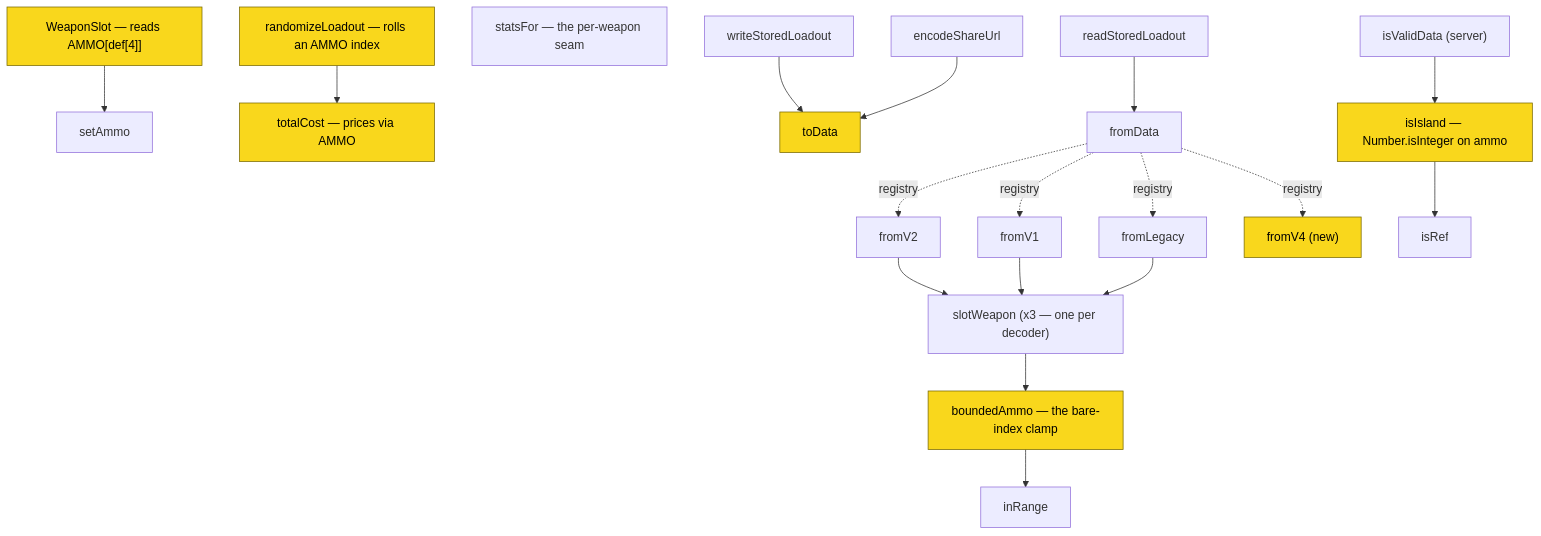
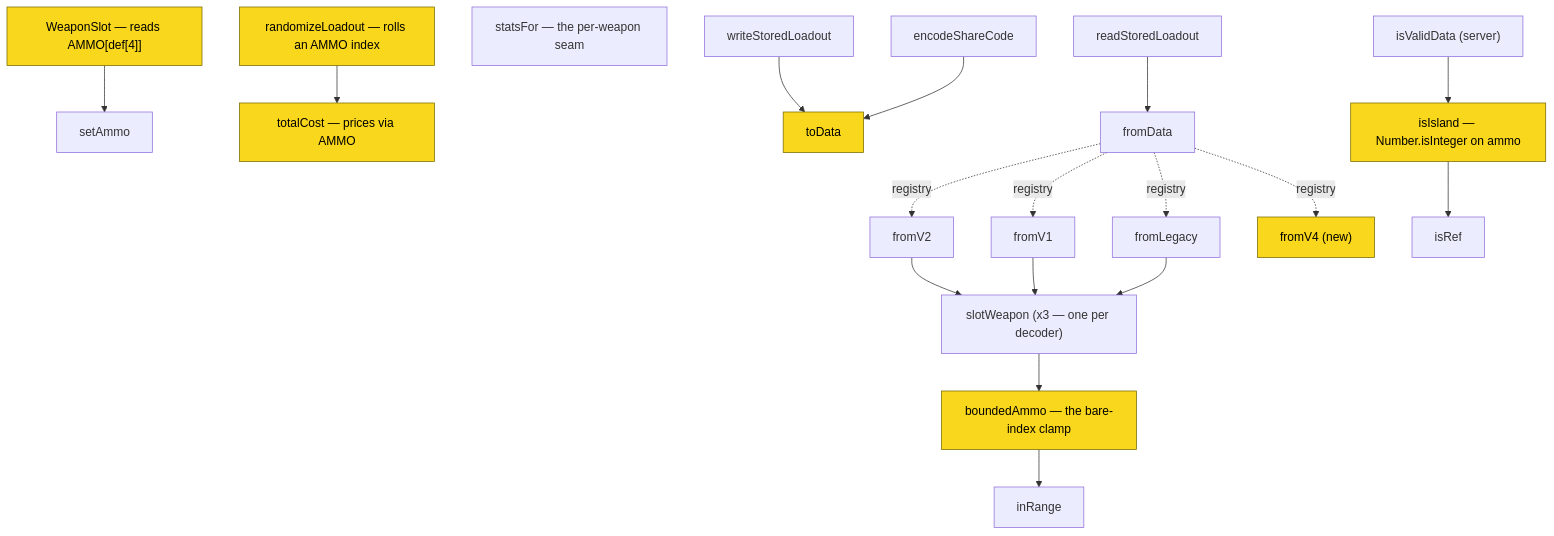
The diagram in docs/openspec/specs/per-weapon-ammo/spec.md (jonstump/the-outfitter), drawn with Mermaid before and after one commit. The commit also changed other lines of this file and 13 other files, not shown here.

````diff
--- a/docs/openspec/specs/per-weapon-ammo/spec.md
+++ b/docs/openspec/specs/per-weapon-ammo/spec.md
@@ -417,43 +427,43 @@
 ```mermaid
 graph TD
   WeaponSlot["WeaponSlot — reads AMMO[def[4]]"]
   setAmmo["setAmmo"]
   totalCost["totalCost — prices via AMMO"]
   randomizeLoadout["randomizeLoadout — rolls an AMMO index"]
   statsFor["statsFor — the per-weapon seam"]
   toData["toData"]
   fromData["fromData"]
   fromV2["fromV2"]
   fromV1["fromV1"]
   fromLegacy["fromLegacy"]
   fromV4["fromV4 (new)"]
   slotWeapon["slotWeapon (x3 — one per decoder)"]
   boundedAmmo["boundedAmmo — the bare-index clamp"]
   inRange["inRange"]
   writeStoredLoadout["writeStoredLoadout"]
-  encodeShareUrl["encodeShareUrl"]
+  encodeShareCode["encodeShareCode"]
   readStoredLoadout["readStoredLoadout"]
   isValidData["isValidData (server)"]
   isIsland["isIsland — Number.isInteger on ammo"]
   isRef["isRef"]
 
   WeaponSlot --> setAmmo
   randomizeLoadout --> totalCost
   writeStoredLoadout --> toData
-  encodeShareUrl --> toData
+  encodeShareCode --> toData
   readStoredLoadout --> fromData
   fromData -.registry.-> fromV4
   fromData -.registry.-> fromV2
   fromData -.registry.-> fromV1
   fromData -.registry.-> fromLegacy
   fromV2 --> slotWeapon
   fromV1 --> slotWeapon
   fromLegacy --> slotWeapon
   slotWeapon --> boundedAmmo
   boundedAmmo --> inRange
   isValidData --> isIsland
   isIsland --> isRef
 
   classDef change fill:#f9d71c,stroke:#7a6a00,color:#000
   class WeaponSlot,totalCost,randomizeLoadout,toData,fromV4,boundedAmmo,isIsland change
 ```
````
